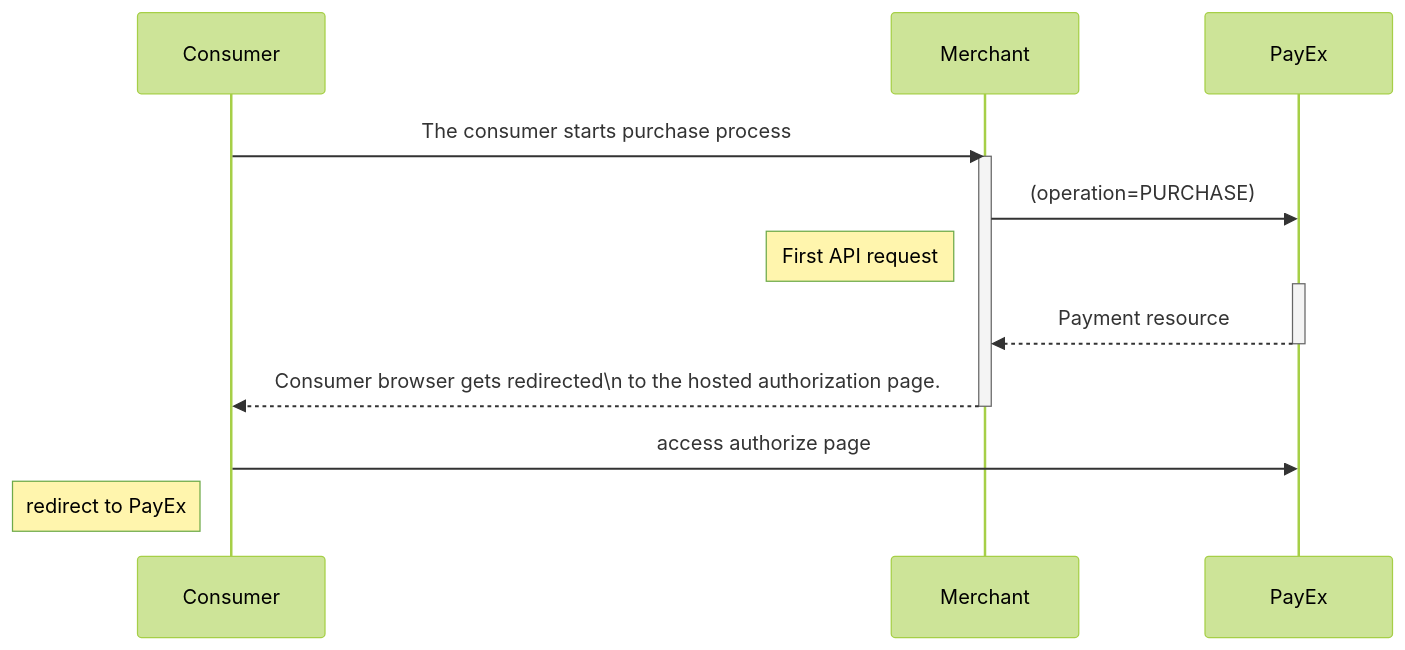
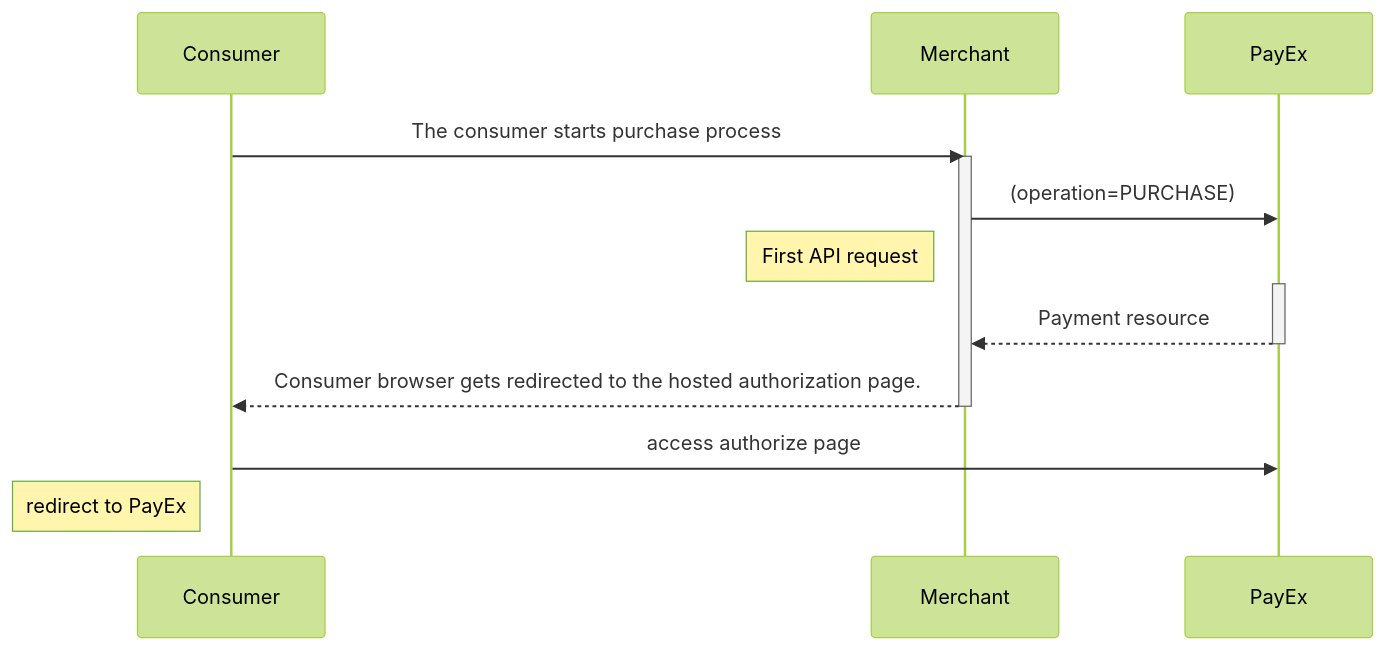
Before and after one commit to SwedbankPay/developer.swedbankpay.com: the second of 2 diagrams in payments/index.md, drawn with Mermaid (forest theme). The commit also changed other lines of this file, not shown here.

````diff
--- a/payments/index.md
+++ b/payments/index.md
@@ -204,14 +205,14 @@
 ```mermaid
 sequenceDiagram
 Consumer->>Merchant: The consumer starts purchase process
 activate Merchant
 Merchant->>PayEx: (operation=PURCHASE)
 note left of Merchant: First API request
 Activate PayEx
 PayEx-->>Merchant: Payment resource
 deactivate PayEx
-Merchant-->>Consumer: Consumer browser gets redirected\n to the hosted authorization page.
+Merchant-->>Consumer: Consumer browser gets redirected to the hosted authorization page.
 deactivate Merchant
 Consumer->>PayEx: access authorize page
 note left of Consumer: redirect to PayEx
 ```
````
